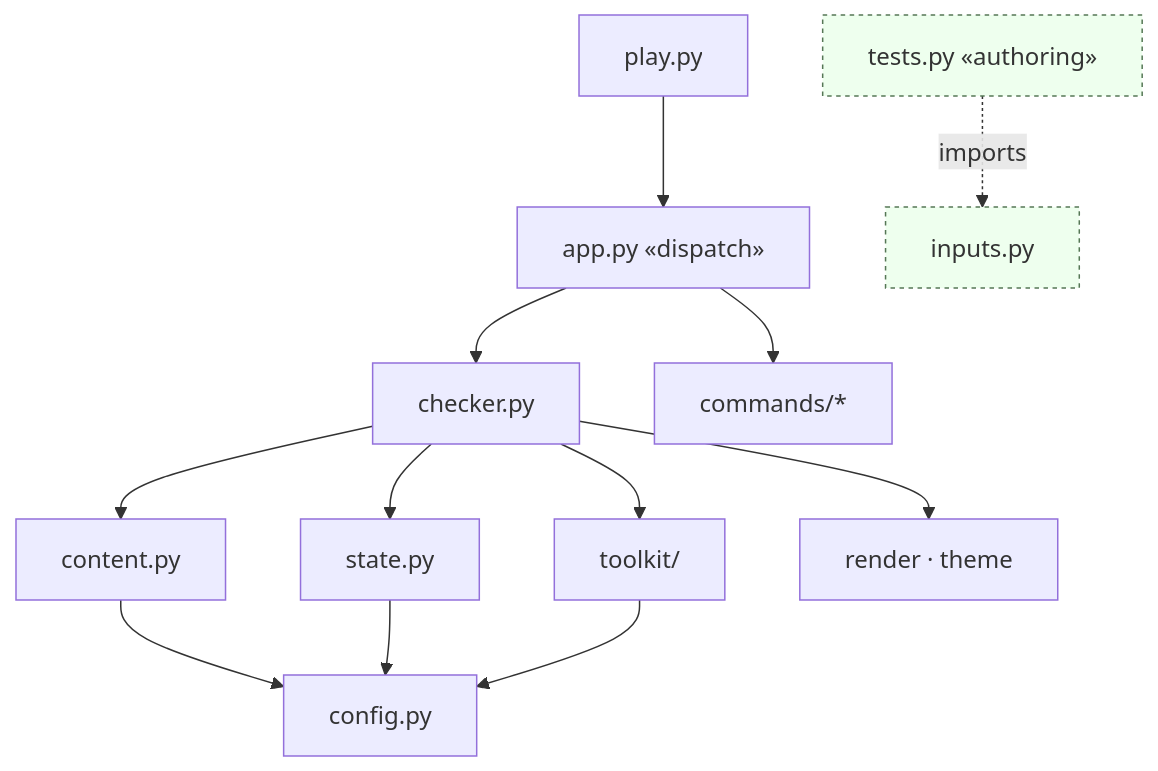
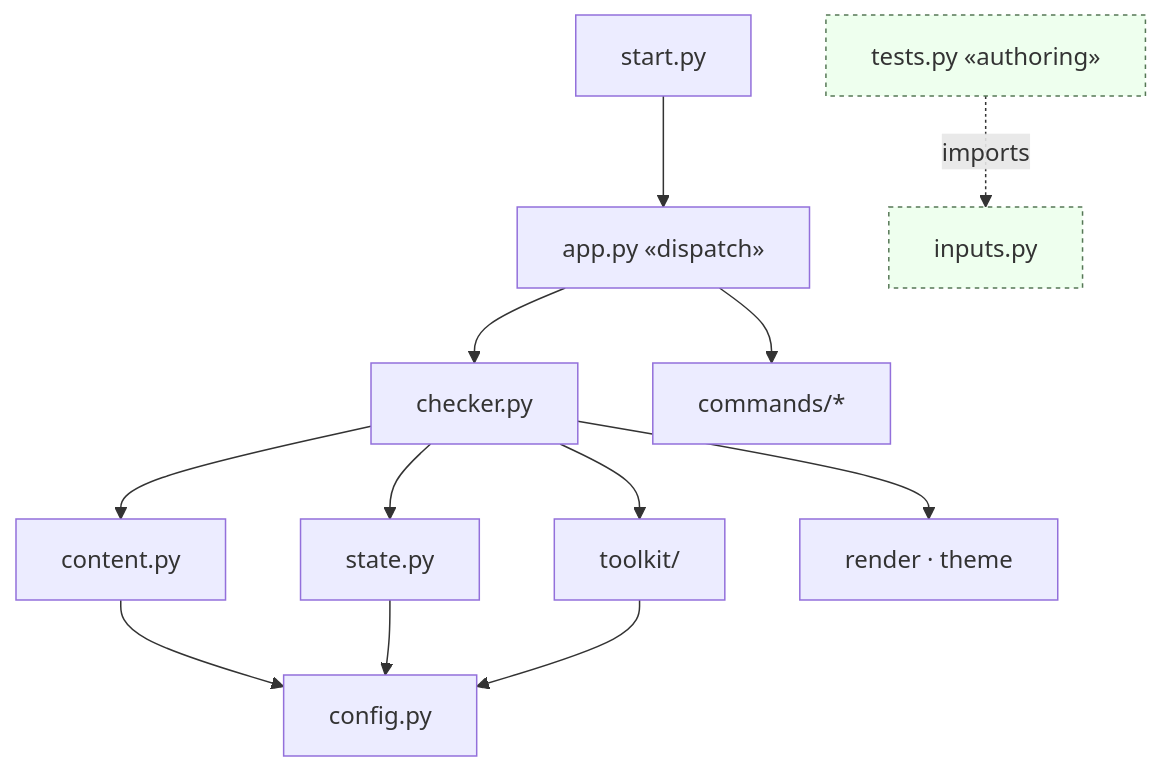
The first of 9 diagrams in docs/architecture/engine-core.md (N041M/PyQuest), drawn with Mermaid before and after one commit. The commit also changed other lines of this file and 17 other files, not shown here.

````diff
--- a/docs/architecture/engine-core.md
+++ b/docs/architecture/engine-core.md
@@ -7,16 +7,16 @@
 ```mermaid
 flowchart TB
-    play["play.py"] --> app["app.py «dispatch»"]
+    play["start.py"] --> app["app.py «dispatch»"]
     app --> checker["checker.py"]
     app --> commands["commands/*"]
     checker --> toolkit["toolkit/"]
     checker --> content["content.py"]
     checker --> state["state.py"]
     checker --> render["render · theme"]
     content --> config["config.py"]
     state --> config
     toolkit --> config
     tests["tests.py «authoring»"] -. imports .-> inputs["inputs.py"]
     classDef seam fill:#efe,stroke:#575,stroke-dasharray:3 3;
     class tests,inputs seam;
 ```
````
